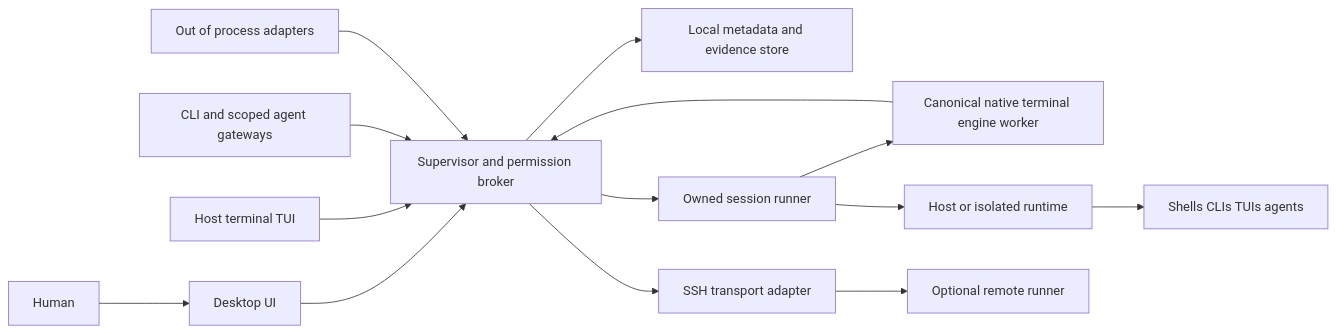
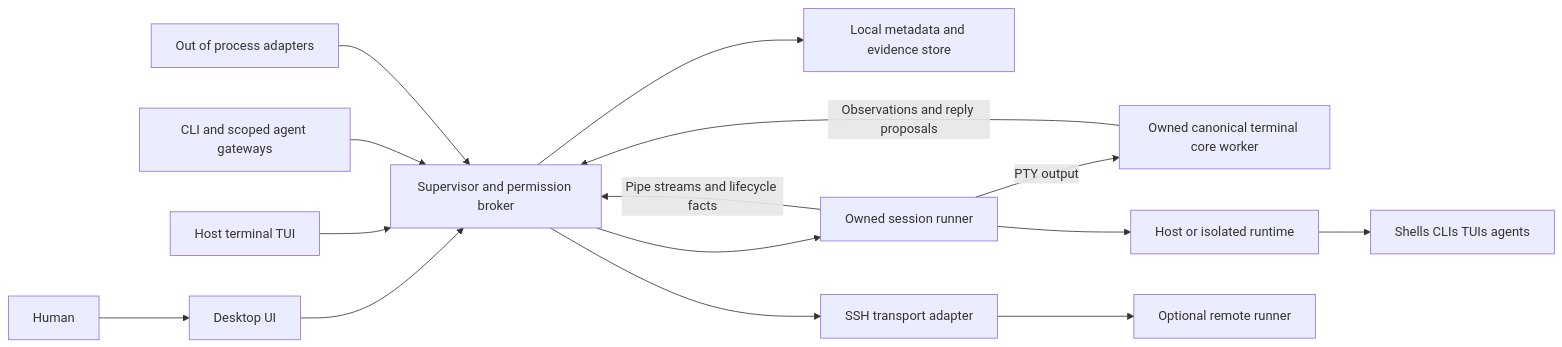
The diagram in docs/architecture/05-architecture-storage-and-extensions.md (whoodes/namtab), drawn with Mermaid before and after one commit. The commit also changed other lines of this file and 53 other files, not shown here.

First line of the commit message:
Define the owned agent-native engine scope and roadmap

````diff
--- a/docs/architecture/05-architecture-storage-and-extensions.md
+++ b/docs/architecture/05-architecture-storage-and-extensions.md
@@ -9,16 +11,17 @@
 ```mermaid
 flowchart LR
     Human[Human] --> Desktop[Desktop UI]
     Desktop --> Broker[Supervisor and permission broker]
     TUI[Host terminal TUI] --> Broker
     CLI[CLI and scoped agent gateways] --> Broker
     Plugins[Out of process adapters] --> Broker
     Broker --> Store[Local metadata and evidence store]
     Broker --> Runner[Owned session runner]
-    Runner --> Parser[Canonical native terminal engine worker]
-    Parser --> Broker
+    Runner -->|PTY output| Parser[Owned canonical terminal core worker]
+    Runner -->|Pipe streams and lifecycle facts| Broker
+    Parser -->|Observations and reply proposals| Broker
     Runner --> Runtime[Host or isolated runtime]
     Runtime --> Programs[Shells CLIs TUIs agents]
     Broker --> SSH[SSH transport adapter]
     SSH --> Remote[Optional remote runner]
 ```
````
